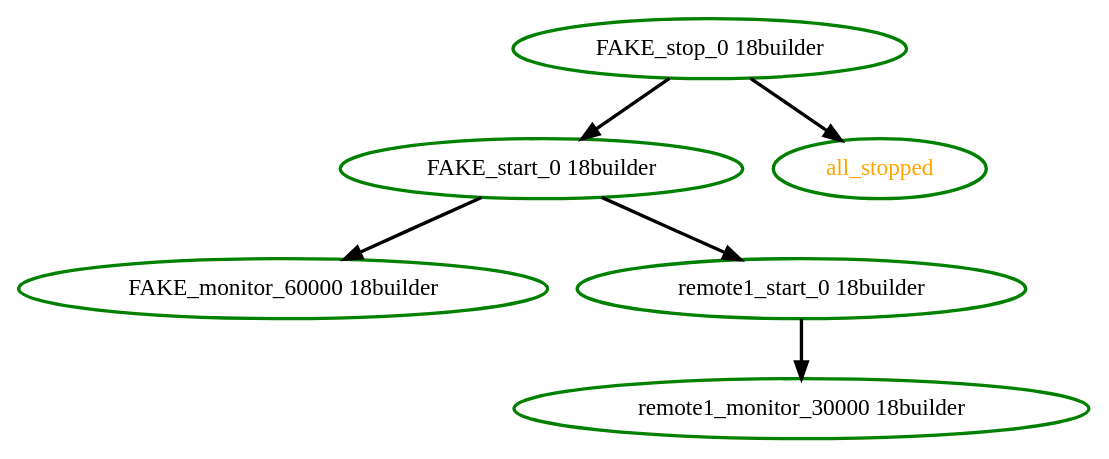
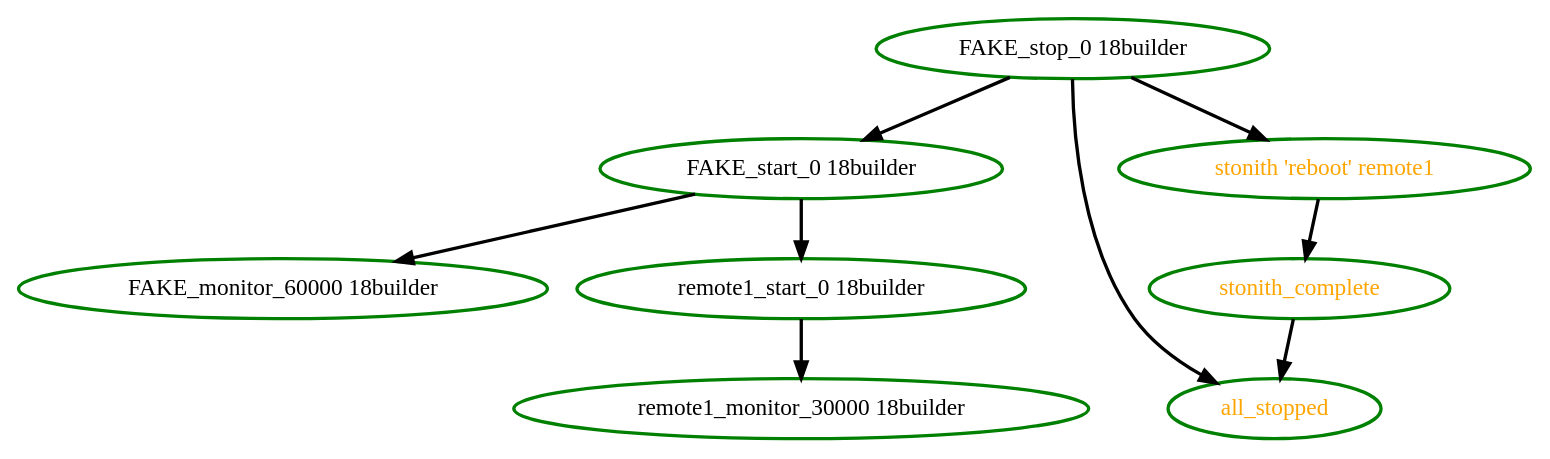
One commit to ClusterLabs/pacemaker changed the diagram in pengine/test10/whitebox-unexpectedly-running.dot. Above: the diagram before and after it, drawn with Graphviz. The commit also changed 23 other files, not shown here.

```diff
--- a/pengine/test10/whitebox-unexpectedly-running.dot
+++ b/pengine/test10/whitebox-unexpectedly-running.dot
@@ -1,13 +1,18 @@
  digraph "g" {
 "FAKE_monitor_60000 18builder" [ style=bold color="green" fontcolor="black"]
 "FAKE_start_0 18builder" -> "FAKE_monitor_60000 18builder" [ style = bold]
 "FAKE_start_0 18builder" -> "remote1_start_0 18builder" [ style = bold]
 "FAKE_start_0 18builder" [ style=bold color="green" fontcolor="black"]
 "FAKE_stop_0 18builder" -> "FAKE_start_0 18builder" [ style = bold]
 "FAKE_stop_0 18builder" -> "all_stopped" [ style = bold]
+"FAKE_stop_0 18builder" -> "stonith 'reboot' remote1" [ style = bold]
 "FAKE_stop_0 18builder" [ style=bold color="green" fontcolor="black"]
 "all_stopped" [ style=bold color="green" fontcolor="orange"]
 "remote1_monitor_30000 18builder" [ style=bold color="green" fontcolor="black"]
 "remote1_start_0 18builder" -> "remote1_monitor_30000 18builder" [ style = bold]
 "remote1_start_0 18builder" [ style=bold color="green" fontcolor="black"]
+"stonith 'reboot' remote1" -> "stonith_complete" [ style = bold]
+"stonith 'reboot' remote1" [ style=bold color="green" fontcolor="orange"]
+"stonith_complete" -> "all_stopped" [ style = bold]
+"stonith_complete" [ style=bold color="green" fontcolor="orange"]
 }
```
